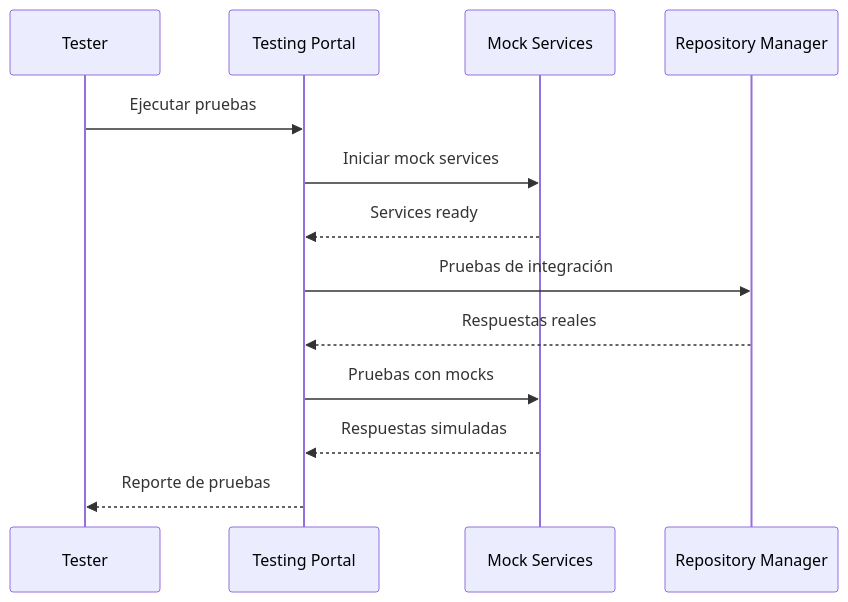
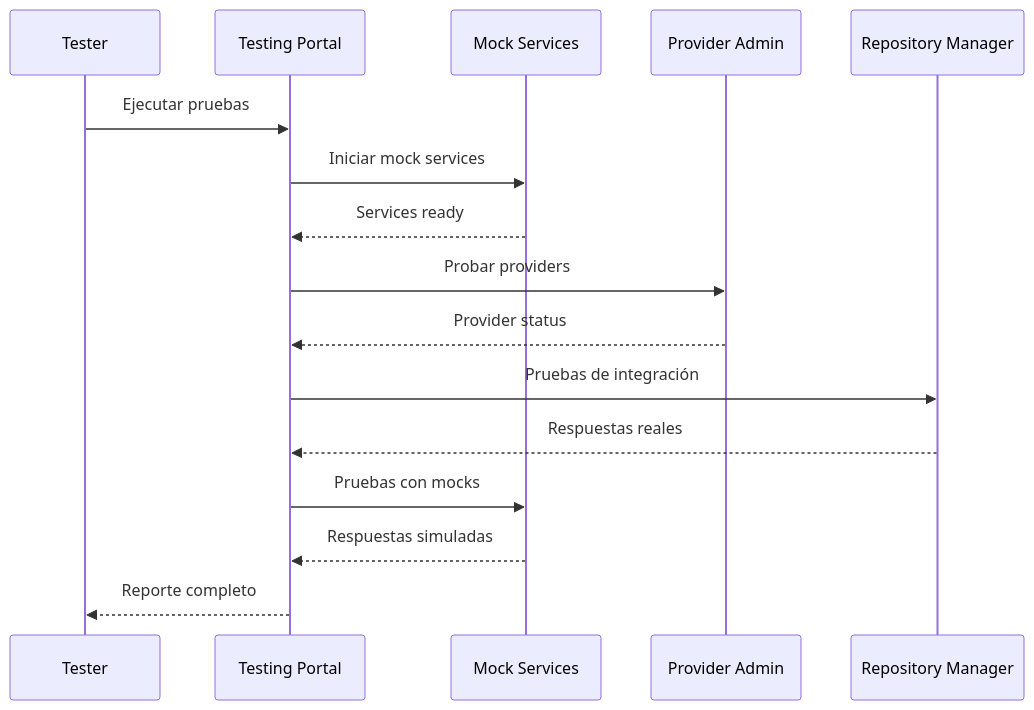
Before and after one commit to giovanemere/ia-ops-dev-core: the fourth of 4 diagrams in docs/architecture/overview.md, drawn with Mermaid. The commit also changed other lines of this file and 4 other files, not shown here.

````diff
--- a/docs/architecture/overview.md
+++ b/docs/architecture/overview.md
@@ -193,16 +272,19 @@
 ```mermaid
 sequenceDiagram
     participant T as Tester
     participant TP as Testing Portal
     participant MS as Mock Services
+    participant PA as Provider Admin
     participant RM as Repository Manager
 
     T->>TP: Ejecutar pruebas
     TP->>MS: Iniciar mock services
     MS-->>TP: Services ready
+    TP->>PA: Probar providers
+    PA-->>TP: Provider status
     TP->>RM: Pruebas de integración
     RM-->>TP: Respuestas reales
     TP->>MS: Pruebas con mocks
     MS-->>TP: Respuestas simuladas
-    TP-->>T: Reporte de pruebas
+    TP-->>T: Reporte completo
 ```
````
